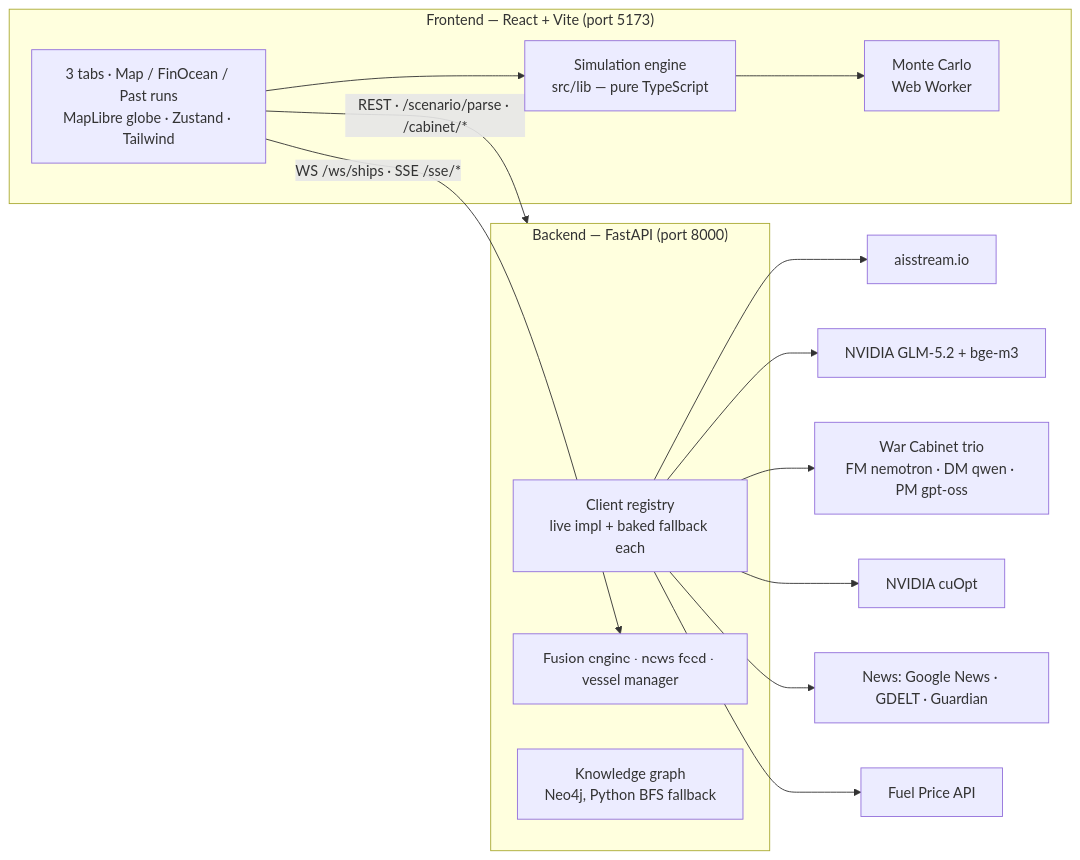
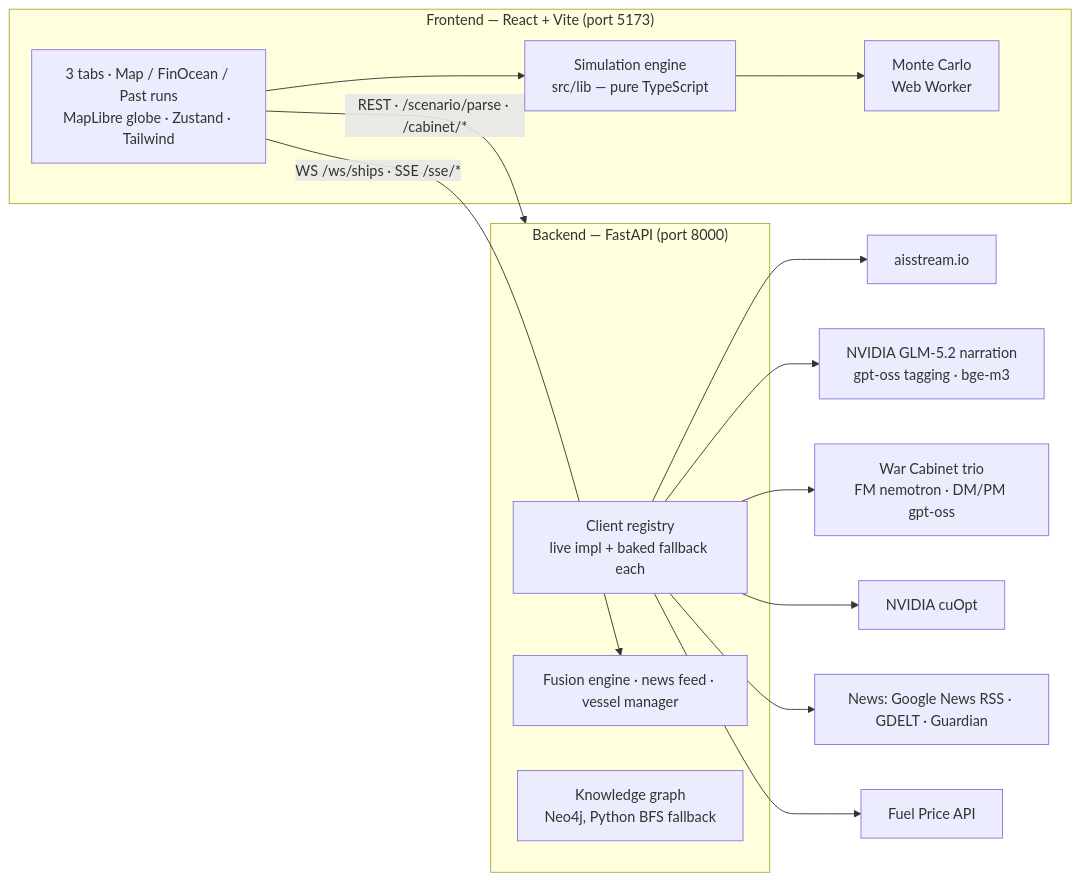
Before and after one commit to shashwatnarwal9/Mr.-Vessel: the diagram in README.md, drawn with Mermaid. The commit also changed other lines of this file and 19 other files, not shown here.

````diff
--- a/README.md
+++ b/README.md
@@ -125,24 +125,24 @@
 ```mermaid
 flowchart LR
   subgraph Frontend["Frontend — React + Vite (port 5173)"]
     UI[3 tabs · Map / FinOcean / Past runs<br/>MapLibre globe · Zustand · Tailwind]
     MC[Monte Carlo<br/>Web Worker]
     LIB[Simulation engine<br/>src/lib — pure TypeScript]
     UI --> LIB --> MC
   end
 
   subgraph Backend["Backend — FastAPI (port 8000)"]
     REG[Client registry<br/>live impl + baked fallback each]
     FUS[Fusion engine · news feed · vessel manager]
     KG[Knowledge graph<br/>Neo4j, Python BFS fallback]
   end
 
   UI -- "WS /ws/ships · SSE /sse/*" --> FUS
   UI -- "REST · /scenario/parse · /cabinet/*" --> Backend
   REG --> AIS[aisstream.io]
-  REG --> NV[NVIDIA GLM-5.2 + bge-m3]
-  REG --> CAB[War Cabinet trio<br/>FM nemotron · DM qwen · PM gpt-oss]
+  REG --> NV[NVIDIA GLM-5.2 narration<br/>gpt-oss tagging · bge-m3]
+  REG --> CAB[War Cabinet trio<br/>FM nemotron · DM/PM gpt-oss]
   REG --> CU[NVIDIA cuOpt]
-  REG --> GD[News: Google News · GDELT · Guardian]
+  REG --> GD[News: Google News RSS · GDELT · Guardian]
   REG --> FP[Fuel Price API]
 ```
````
